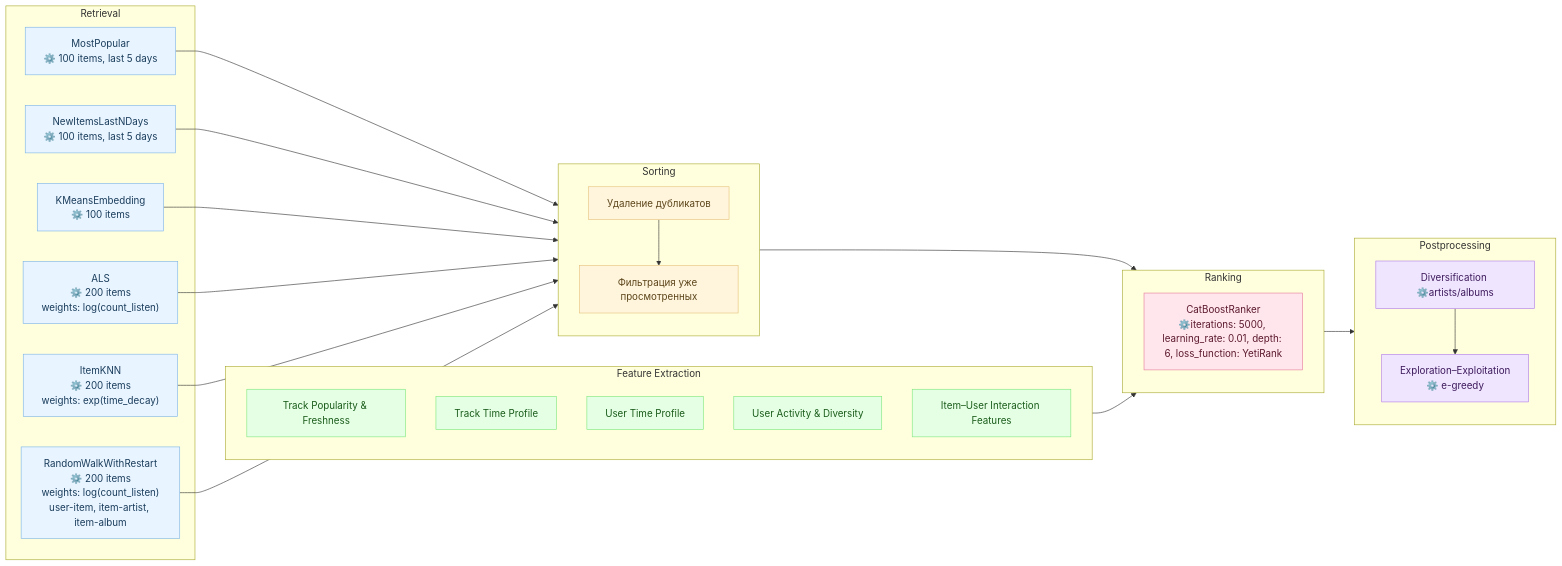
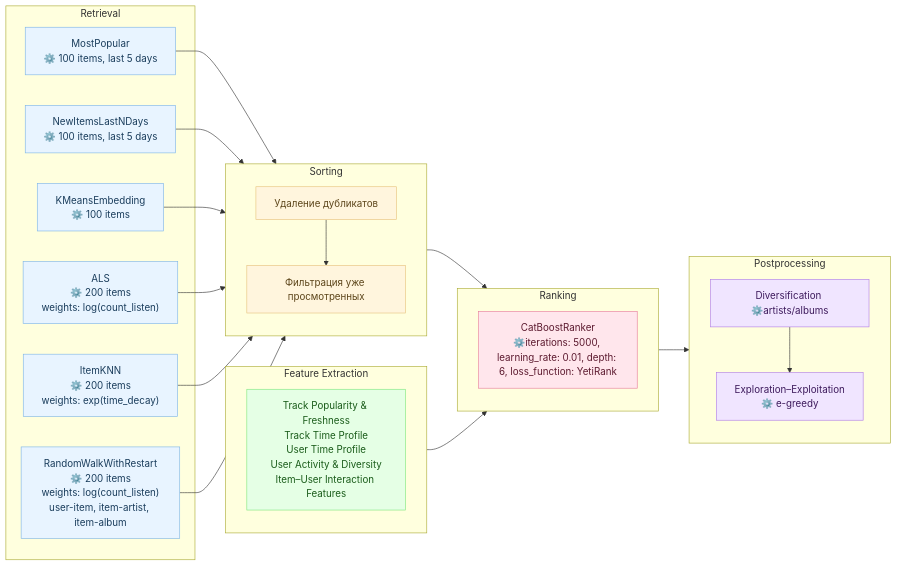
One commit to Nastasy822/music-recommendation-experiments changed the second of 2 diagrams in README.md. Above: the diagram before and after it, drawn with Mermaid.

Commit message:
docs(readme): update diagram

````diff
--- a/README.md
+++ b/README.md
@@ -180,72 +180,68 @@
 ```mermaid
 flowchart LR
     %% === Retrieval Models ===
     subgraph RETRIEVAL ["Retrieval"]
         PopAll["MostPopular<br/>⚙️ 100 items, last 5 days"]
         PopUser["NewItemsLastNDays<br/>⚙️ 100 items, last 5 days"]
         SIM["KMeansEmbedding<br/>⚙️ 100 items"]
         ITEMKNN["ItemKNN<br/>⚙️ 200 items<br/>weights: exp(time_decay)"]
         GRAPH["RandomWalkWithRestart<br/>⚙️ 200 items<br/>weights: log(count_listen)<br/>user-item, item-artist, item-album"]
         ALS["ALS<br/>⚙️ 200 items<br/>weights: log(count_listen)"]
     end
 
     %% === Sorting Stage ===
     subgraph SORTING ["Sorting"]
         direction TB
         DUBLICATE["Удаление дубликатов"]
         FILTER["Фильтрация уже просмотренных"]
         DUBLICATE --> FILTER
     end
     
     %% === Feature Extraction ===
     subgraph FEATS ["Feature Extraction"]
-        Popularity["Track Popularity & Freshness"]
-        TrackTimeProfile["Track Time Profile"]
-        UserTimeProfile["User Time Profile"]
-        UserActivityDiversity["User Activity & Diversity"]
-        ItemUser["Item–User Interaction Features"]
+        LISTFEATURES["Track Popularity & Freshness<br/>Track Time Profile<br/>User Time Profile<br/>User Activity & Diversity<br/>Item–User Interaction Features"]
 
     end
 
 
     %% === Ranking Stage ===
     subgraph RANKING ["Ranking"]
         RANK["CatBoostRanker<br/>⚙️iterations: 5000, learning_rate: 0.01, depth: 6, loss_function: YetiRank"]
     end
 
     %% === Postprocessing Stage ===
     subgraph POSTPROCESS ["Postprocessing"]
         direction TB
         ARTIST_FILTER["Diversification ⚙️artists/albums"]
         EXPLORATION["Exploration–Exploitation<br/> ⚙️ e-greedy"]
         ARTIST_FILTER --> EXPLORATION
     end
 
 
 
     %% === Data Flows ===
     PopAll --> SORTING
     PopUser --> SORTING
     SIM --> SORTING
     ALS --> SORTING
     ITEMKNN --> SORTING
     GRAPH --> SORTING
     SORTING --> RANKING
     FEATS --> RANKING
     RANKING --> POSTPROCESS
 
     %% === Styles ===
     classDef retrieval fill:#e8f4ff,stroke:#7db4e6,color:#1a3d5c;
     classDef sorting fill:#fff5dd,stroke:#e6c27d,color:#5c451a;
     classDef ranking fill:#ffe6ec,stroke:#e67d9c,color:#5c1a2f;
     classDef postprocess fill:#f0e5ff,stroke:#b07de6,color:#3d1a5c;
     classDef features fill:#e5ffe5,stroke:#7de67d,color:#1a5c1a;
 
     class PopAll,PopUser,SIM,ALS,ITEMKNN,GRAPH retrieval;
     class FILTER,DUBLICATE sorting;
     class RANK ranking;
     class ARTIST_FILTER,EXPLORATION postprocess;
-    class Popularity,TrackTimeProfile,UserTimeProfile,UserActivityDiversity,ItemUser features;
+    class LISTFEATURES features;
 
 
 ```
````
